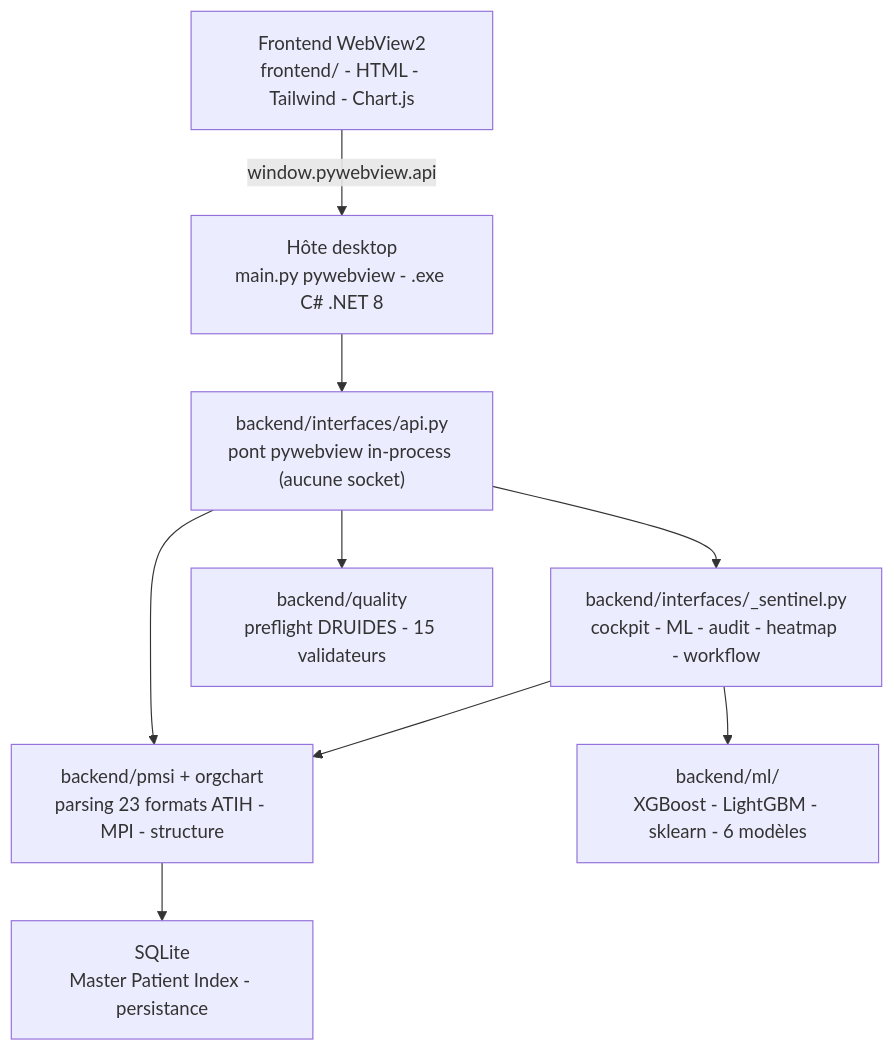
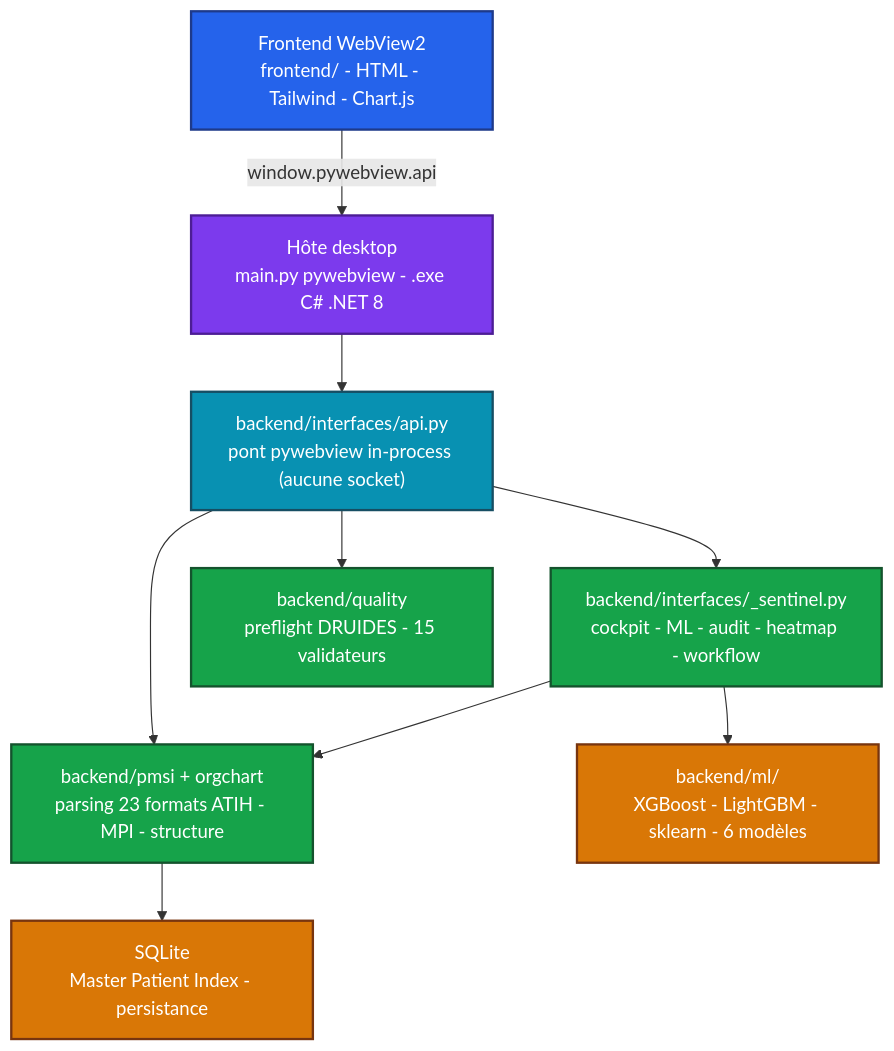
One commit to Adam-Blf/sovereign_os_dim changed the diagram in README.md. Above: the diagram before and after it, drawn with Mermaid. The commit also changed 1 other file, not shown here.

Commit message:
docs: add colors to mermaid diagrams (#10)
Each node gets a palette class (by subgraph or by flow depth), subgraphs are tinted, non-flowchart diagrams use a colored base theme. Validated by rendering every diagram before and after.

````diff
--- a/README.md
+++ b/README.md
@@ -36,18 +36,29 @@
 ```mermaid
 flowchart TB
     UI["Frontend WebView2<br/>frontend/ - HTML - Tailwind - Chart.js"]
     HOST["Hôte desktop<br/>main.py pywebview - .exe C# .NET 8"]
     API["backend/interfaces/api.py<br/>pont pywebview in-process (aucune socket)"]
     SENT["backend/interfaces/_sentinel.py<br/>cockpit - ML - audit - heatmap - workflow"]
     PROC["backend/pmsi + orgchart<br/>parsing 23 formats ATIH - MPI - structure"]
     AUDIT["backend/quality<br/>preflight DRUIDES - 15 validateurs"]
     ML["backend/ml/<br/>XGBoost - LightGBM - sklearn - 6 modèles"]
     DB["SQLite<br/>Master Patient Index - persistance"]
 
     UI -->|window.pywebview.api| HOST --> API
     API --> SENT
     API --> PROC --> DB
     API --> AUDIT
     SENT --> ML
     SENT --> PROC
+
+    classDef c0 fill:#2563eb,stroke:#1e3a8a,stroke-width:2px,color:#ffffff
+    classDef c1 fill:#7c3aed,stroke:#4c1d95,stroke-width:2px,color:#ffffff
+    classDef c2 fill:#0891b2,stroke:#164e63,stroke-width:2px,color:#ffffff
+    classDef c3 fill:#16a34a,stroke:#14532d,stroke-width:2px,color:#ffffff
+    classDef c4 fill:#d97706,stroke:#78350f,stroke-width:2px,color:#ffffff
+    class UI c0
+    class HOST c1
+    class API c2
+    class SENT,PROC,AUDIT c3
+    class ML,DB c4
 ```
````
